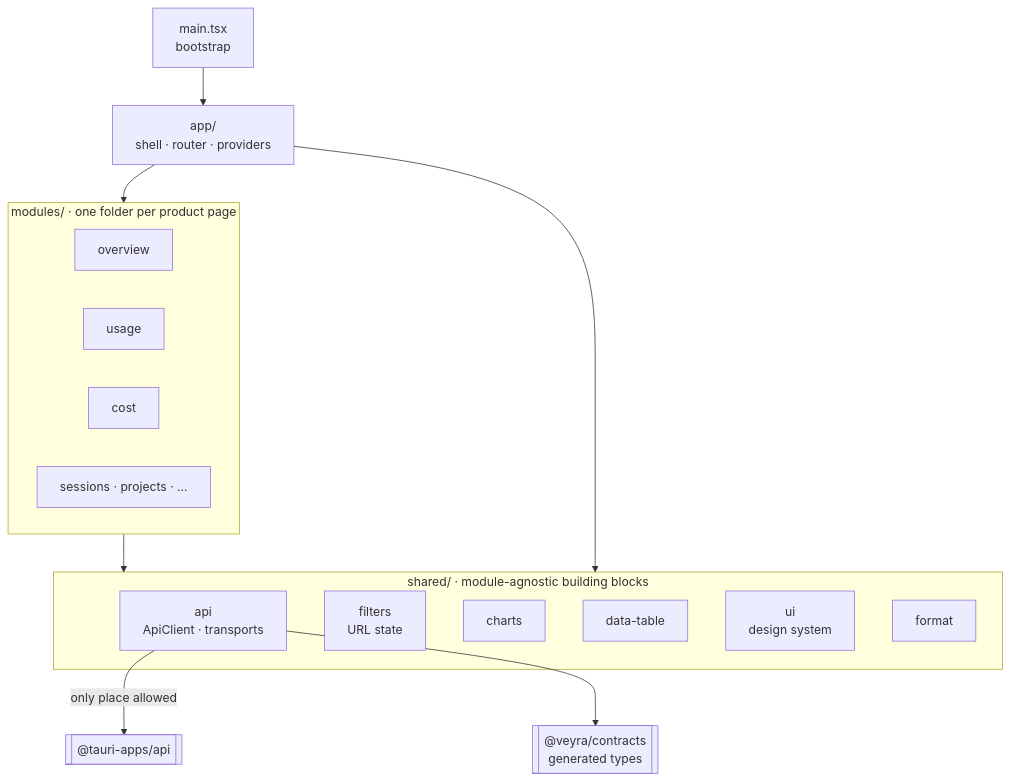
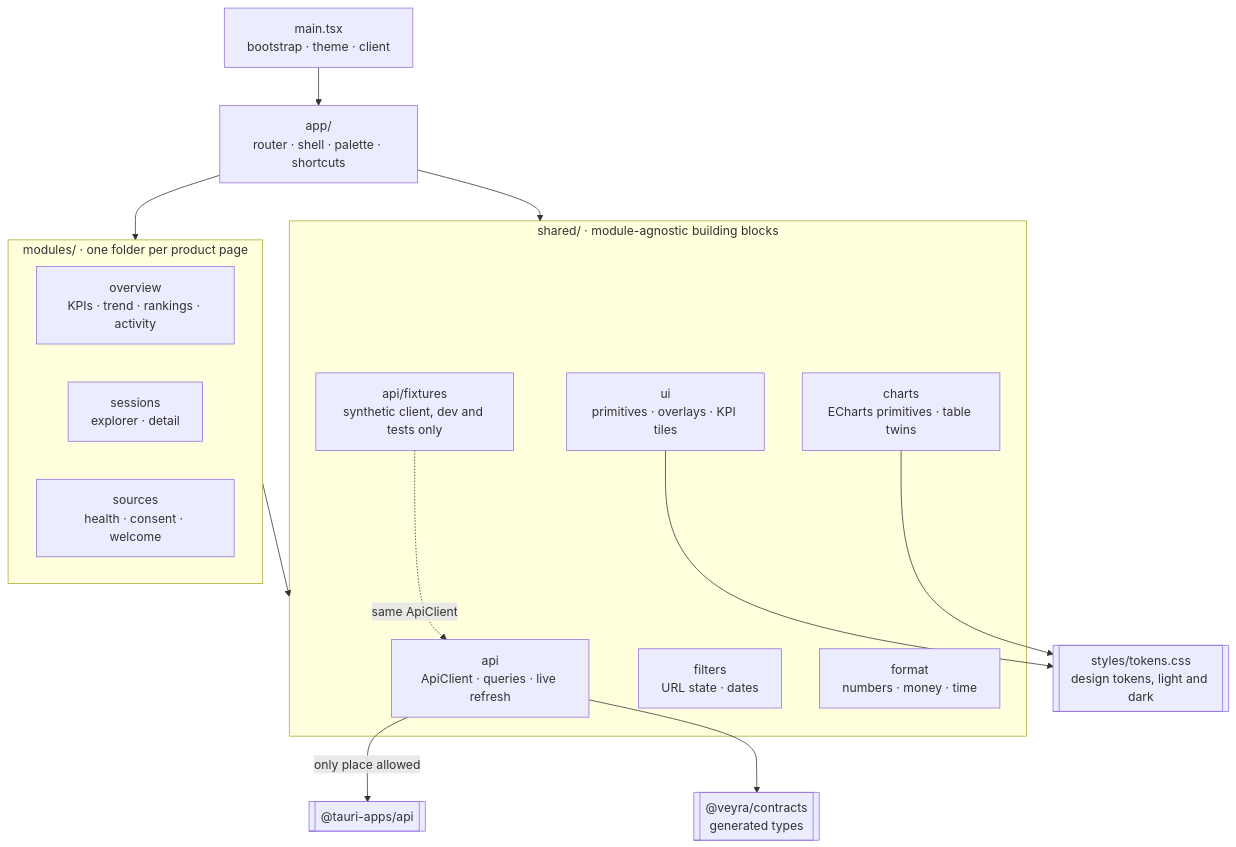
One commit to akanjb/VEYRA changed the ninth of 20 diagrams in README.md. Above: the diagram before and after it, drawn with Mermaid. The commit also changed other lines of this file and 5 other files, not shown here.

````diff
--- a/README.md
+++ b/README.md
@@ -363,23 +372,26 @@
 ```mermaid
 flowchart TB
-  main[main.tsx<br/>bootstrap] --> app[app/<br/>shell · router · providers]
+  main[main.tsx<br/>bootstrap · theme · client] --> app[app/<br/>router · shell · palette · shortcuts]
   app --> mods
   subgraph mods [modules/ · one folder per product page]
-    ov[overview]
-    us[usage]
-    co[cost]
-    more[sessions · projects · …]
+    ov[overview<br/>KPIs · trend · rankings · activity]
+    se[sessions<br/>explorer · detail]
+    so[sources<br/>health · consent · welcome]
   end
   subgraph shared [shared/ · module-agnostic building blocks]
-    api[api<br/>ApiClient · transports]
-    fil[filters<br/>URL state]
-    ch[charts]
-    tb[data-table]
-    ui[ui<br/>design system]
-    fmt[format]
+    api[api<br/>ApiClient · queries · live refresh]
+    fix[api/fixtures<br/>synthetic client, dev and tests only]
+    fil[filters<br/>URL state · dates]
+    ch[charts<br/>ECharts primitives · table twins]
+    ui[ui<br/>primitives · overlays · KPI tiles]
+    fmt[format<br/>numbers · money · time]
   end
+  tokens[[styles/tokens.css<br/>design tokens, light and dark]]
   mods --> shared
   app --> shared
+  ui --> tokens
+  ch --> tokens
   api -->|only place allowed| tauri[["@tauri-apps/api"]]
   api --> contracts[["@veyra/contracts<br/>generated types"]]
+  fix -.->|same ApiClient| api
 ```
````
